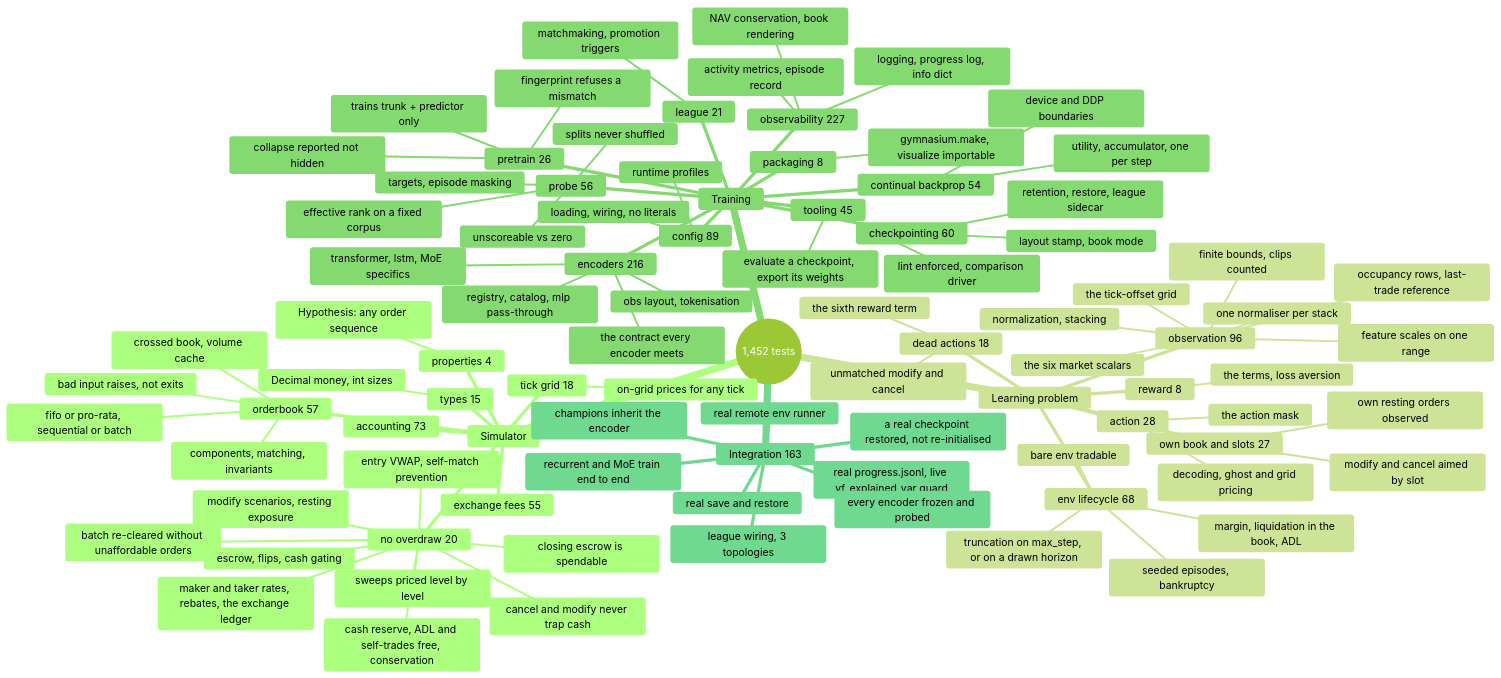
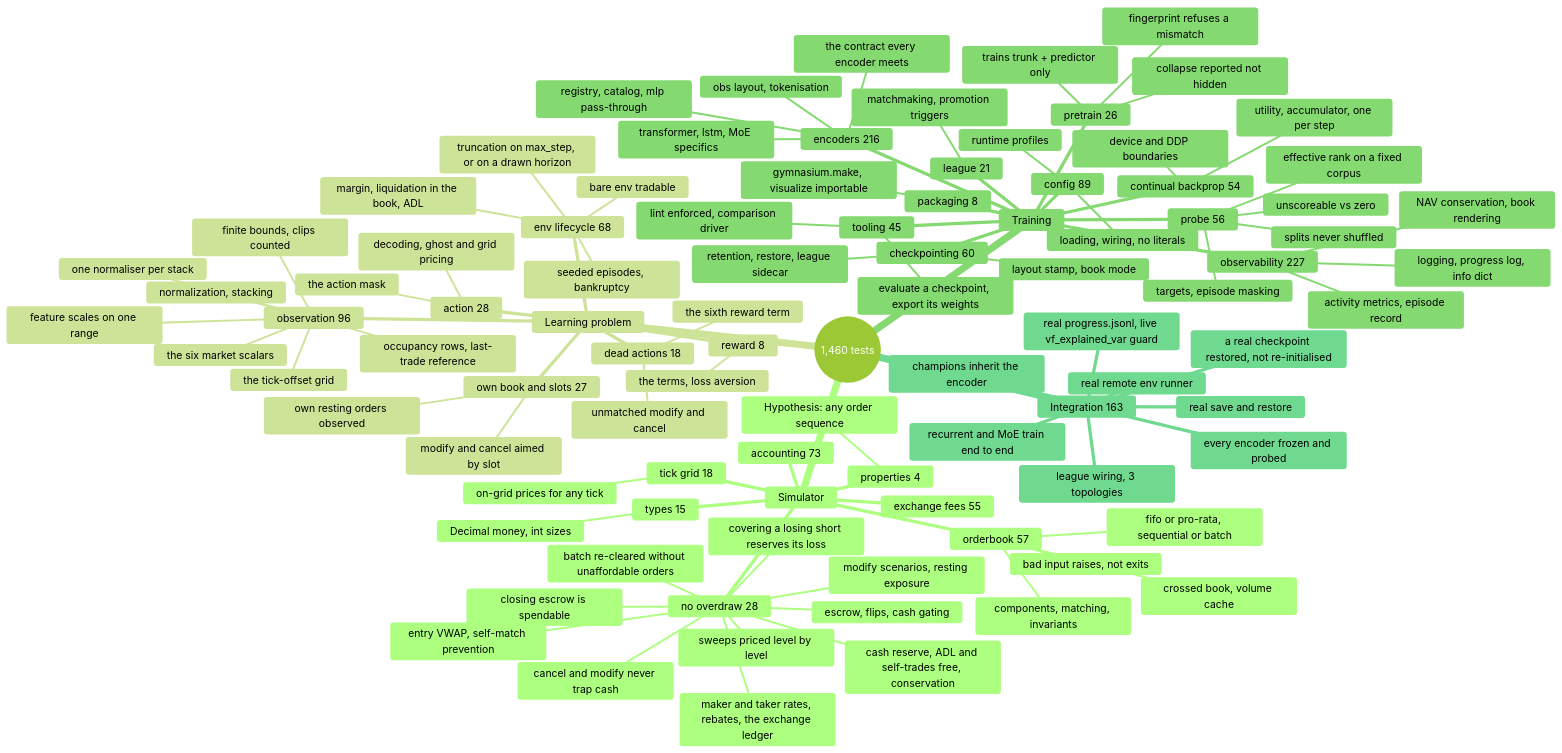
Before and after one commit to ChuaCheowHuan/gym-continuousDoubleAuction: the diagram in doc/10_testing.md, drawn with Mermaid (forest theme). The commit also changed other lines of this file and 9 other files, not shown here.

````diff
--- a/doc/10_testing.md
+++ b/doc/10_testing.md
@@ -144,6 +144,6 @@
 ```mermaid
 mindmap
-  root((1,452 tests))
+  root((1,460 tests))
     Simulator
       orderbook 57
         components, matching, invariants
@@ -154,7 +154,8 @@
         Hypothesis: any order sequence
       accounting 73
       exchange fees 55
-      no overdraw 20
+      no overdraw 28
+        covering a losing short reserves its loss
         sweeps priced level by level
         batch re-cleared without unaffordable orders
         maker and taker rates, rebates, the exchange ledger
````
